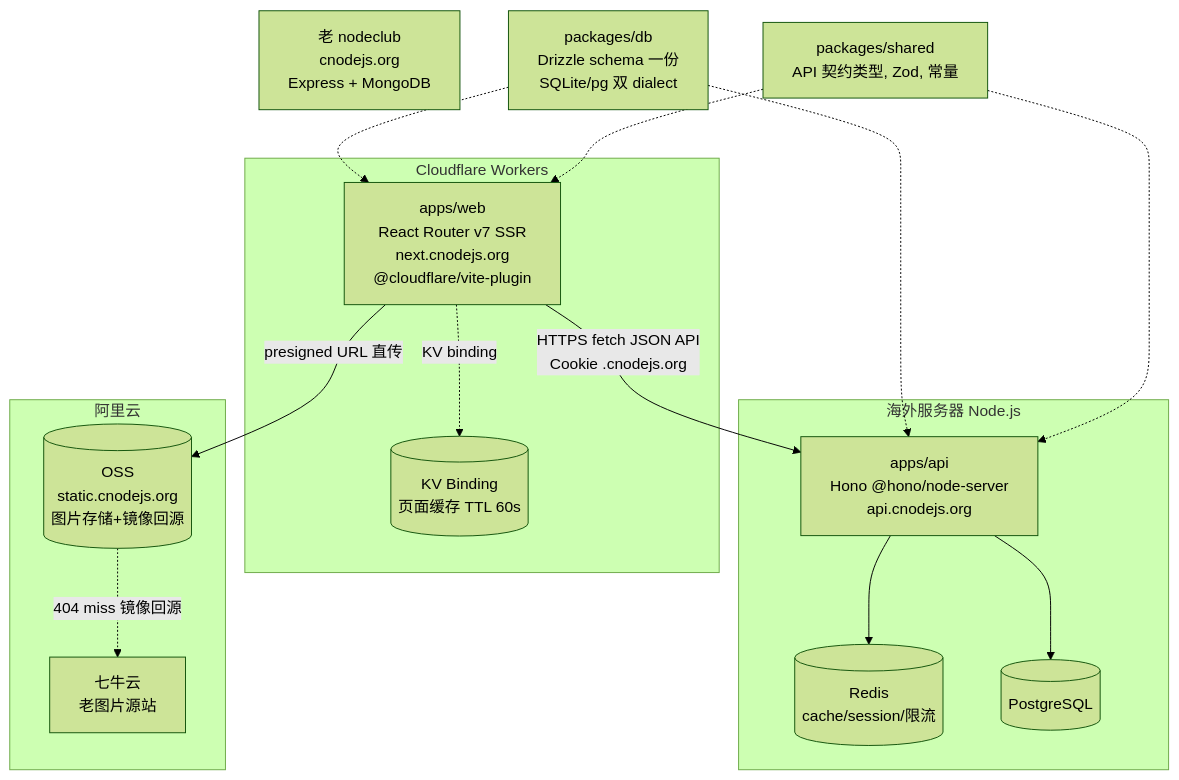
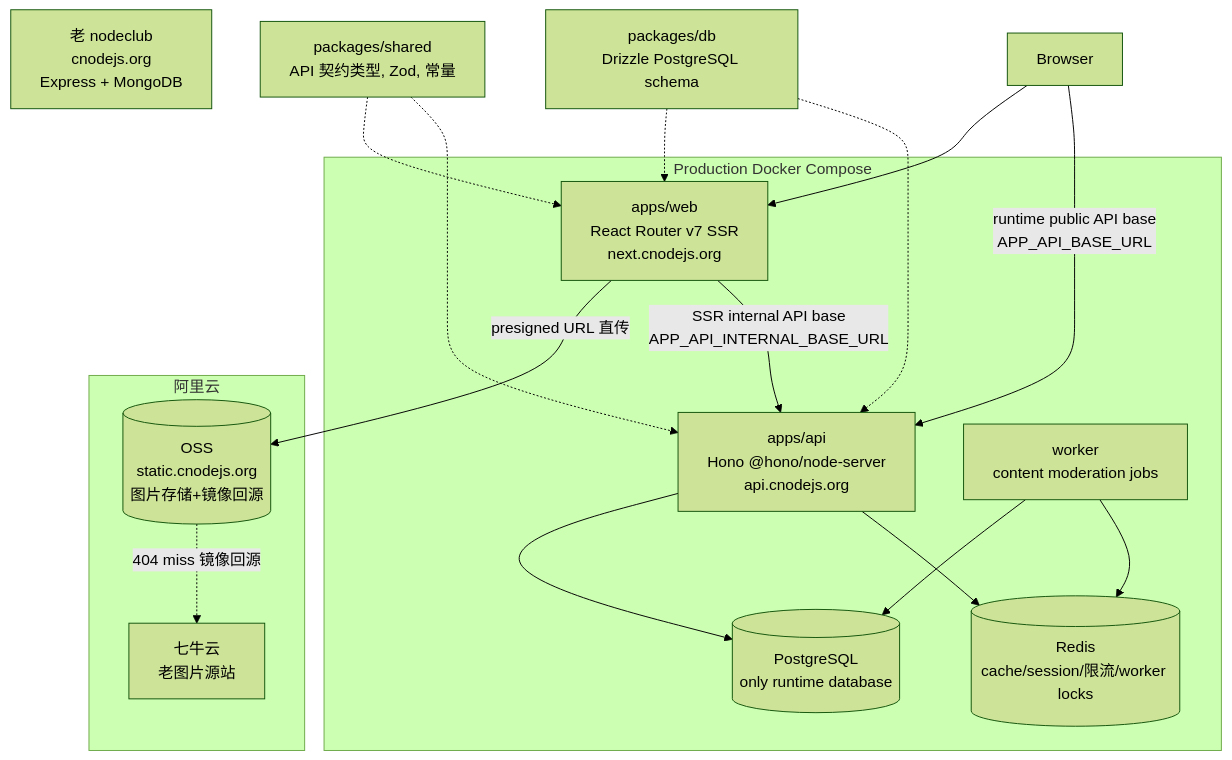
The first of 3 diagrams in docs/architecture.md (cnodejs/cnode-next), drawn with Mermaid (forest theme) before and after one commit. The commit also changed other lines of this file and 85 other files, not shown here.

````diff
--- a/docs/architecture.md
+++ b/docs/architecture.md
@@ -7,34 +7,34 @@
 ```mermaid
 graph TB
-  subgraph CF [Cloudflare Workers]
-    WEB[apps/web<br/>React Router v7 SSR<br/>next.cnodejs.org<br/>@cloudflare/vite-plugin]
-    KV[(KV Binding<br/>页面缓存 TTL 60s)]
-  end
-
-  subgraph SERVER [海外服务器 Node.js]
+  subgraph SERVER [Production Docker Compose]
+    WEB[apps/web<br/>React Router v7 SSR<br/>next.cnodejs.org]
     API[apps/api<br/>Hono @hono/node-server<br/>api.cnodejs.org]
-    REDIS[(Redis<br/>cache/session/限流)]
-    PG[(PostgreSQL)]
+    WORKER[worker<br/>content moderation jobs]
+    REDIS[(Redis<br/>cache/session/限流/worker locks)]
+    PG[(PostgreSQL<br/>only runtime database)]
   end
 
   subgraph ALIYUN [阿里云]
     OSS[(OSS<br/>static.cnodejs.org<br/>图片存储+镜像回源)]
     QINIU[七牛云<br/>老图片源站]
   end
 
   OLD[老 nodeclub<br/>cnodejs.org<br/>Express + MongoDB]
 
-  WEB -->|HTTPS fetch JSON API<br/>Cookie .cnodejs.org| API
-  WEB -.->|KV binding| KV
+  WEB -->|SSR internal API base<br/>APP_API_INTERNAL_BASE_URL| API
+  BROWSER[Browser] -->|runtime public API base<br/>APP_API_BASE_URL| API
+  BROWSER --> WEB
   WEB -->|presigned URL 直传| OSS
   API --> REDIS
   API --> PG
+  WORKER --> REDIS
+  WORKER --> PG
   OSS -.->|404 miss 镜像回源| QINIU
 
   SHARED[packages/shared<br/>API 契约类型, Zod, 常量]
-  DBPKG[packages/db<br/>Drizzle schema 一份<br/>SQLite/pg 双 dialect]
+  DBPKG[packages/db<br/>Drizzle PostgreSQL schema]
   DBPKG -.-> API
   DBPKG -.-> WEB
   SHARED -.-> API
   SHARED -.-> WEB
 ```
````
